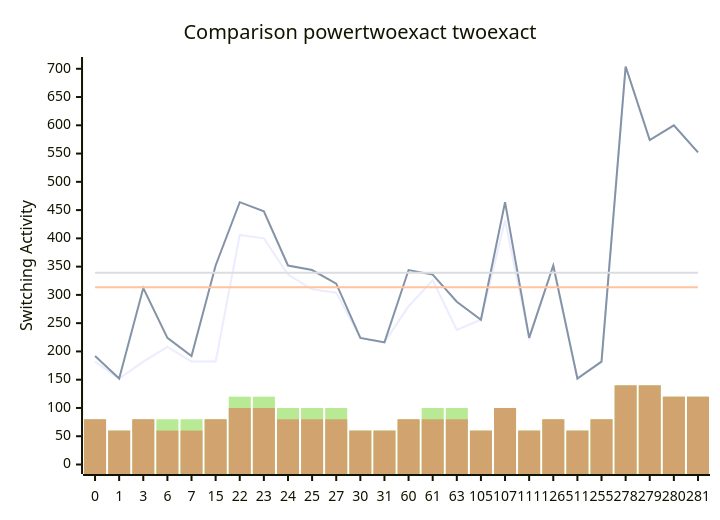
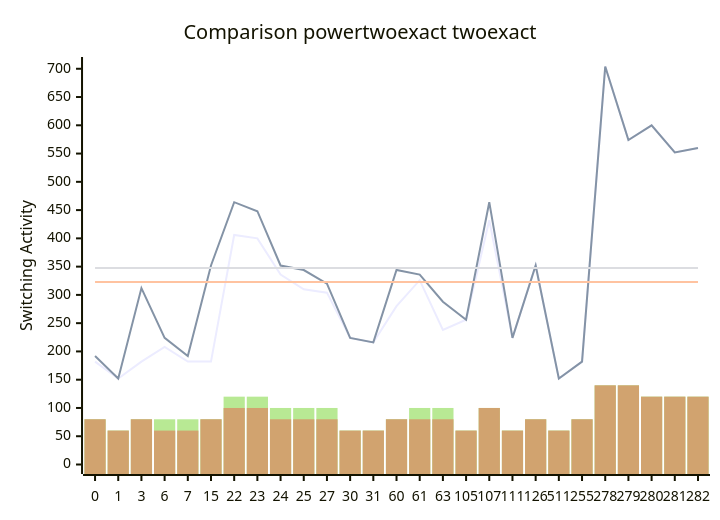
Before and after one commit to FeldmeierMichael/Exact-Power-Synthesis: the diagram in benchmark_opt_500.md, drawn with Mermaid. The commit also changed other lines of this file, not shown here.

````diff
--- a/benchmark_opt_500.md
+++ b/benchmark_opt_500.md
@@ -53,12 +55,12 @@
 ```mermaid
 xychart-beta
     title "Comparison powertwoexact twoexact"
-    x-axis [0, 1, 3, 6, 7, 15, 22, 23, 24, 25, 27, 30, 31, 60, 61, 63, 105, 107, 111, 126, 511, 255, 278, 279, 280, 281]
+    x-axis [0, 1, 3, 6, 7, 15, 22, 23, 24, 25, 27, 30, 31, 60, 61, 63, 105, 107, 111, 126, 511, 255, 278, 279, 280, 281, 282]
     y-axis "Switching Activity" 0-->704
-    line [182, 152, 182, 208, 182, 182, 406, 400, 336, 310, 304, 224, 216, 280, 326, 238, 256, 432, 224, 352, 152, 182, 704, 574, 600, 552]
-    line [192, 152, 312, 224, 192, 352, 464, 448, 352, 344, 320, 224, 216, 344, 336, 288, 256, 464, 224, 352, 152, 182, 704, 574, 600, 552]
-    line [313.6923076923077, 313.6923076923077, 313.6923076923077, 313.6923076923077, 313.6923076923077, 313.6923076923077, 313.6923076923077, 313.6923076923077, 313.6923076923077, 313.6923076923077, 313.6923076923077, 313.6923076923077, 313.6923076923077, 313.6923076923077, 313.6923076923077, 313.6923076923077, 313.6923076923077, 313.6923076923077, 313.6923076923077, 313.6923076923077, 313.6923076923077, 313.6923076923077, 313.6923076923077, 313.6923076923077, 313.6923076923077, 313.6923076923077]
-    line [339.2307692307692, 339.2307692307692, 339.2307692307692, 339.2307692307692, 339.2307692307692, 339.2307692307692, 339.2307692307692, 339.2307692307692, 339.2307692307692, 339.2307692307692, 339.2307692307692, 339.2307692307692, 339.2307692307692, 339.2307692307692, 339.2307692307692, 339.2307692307692, 339.2307692307692, 339.2307692307692, 339.2307692307692, 339.2307692307692, 339.2307692307692, 339.2307692307692, 339.2307692307692, 339.2307692307692, 339.2307692307692, 339.2307692307692]
-    bar [80, 60, 80, 80, 80, 80, 120, 120, 100, 100, 100, 60, 60, 80, 100, 100, 60, 100, 60, 80, 60, 80, 140, 140, 120, 120]
-    bar [80, 60, 80, 60, 60, 80, 100, 100, 80, 80, 80, 60, 60, 80, 80, 80, 60, 100, 60, 80, 60, 80, 140, 140, 120, 120]
+    line [182, 152, 182, 208, 182, 182, 406, 400, 336, 310, 304, 224, 216, 280, 326, 238, 256, 432, 224, 352, 152, 182, 704, 574, 600, 552, 560]
+    line [192, 152, 312, 224, 192, 352, 464, 448, 352, 344, 320, 224, 216, 344, 336, 288, 256, 464, 224, 352, 152, 182, 704, 574, 600, 552, 560]
+    line [322.81481481481484, 322.81481481481484, 322.81481481481484, 322.81481481481484, 322.81481481481484, 322.81481481481484, 322.81481481481484, 322.81481481481484, 322.81481481481484, 322.81481481481484, 322.81481481481484, 322.81481481481484, 322.81481481481484, 322.81481481481484, 322.81481481481484, 322.81481481481484, 322.81481481481484, 322.81481481481484, 322.81481481481484, 322.81481481481484, 322.81481481481484, 322.81481481481484, 322.81481481481484, 322.81481481481484, 322.81481481481484, 322.81481481481484, 322.81481481481484]
+    line [347.4074074074074, 347.4074074074074, 347.4074074074074, 347.4074074074074, 347.4074074074074, 347.4074074074074, 347.4074074074074, 347.4074074074074, 347.4074074074074, 347.4074074074074, 347.4074074074074, 347.4074074074074, 347.4074074074074, 347.4074074074074, 347.4074074074074, 347.4074074074074, 347.4074074074074, 347.4074074074074, 347.4074074074074, 347.4074074074074, 347.4074074074074, 347.4074074074074, 347.4074074074074, 347.4074074074074, 347.4074074074074, 347.4074074074074, 347.4074074074074]
+    bar [80, 60, 80, 80, 80, 80, 120, 120, 100, 100, 100, 60, 60, 80, 100, 100, 60, 100, 60, 80, 60, 80, 140, 140, 120, 120, 120]
+    bar [80, 60, 80, 60, 60, 80, 100, 100, 80, 80, 80, 60, 60, 80, 80, 80, 60, 100, 60, 80, 60, 80, 140, 140, 120, 120, 120]
 ```
````
